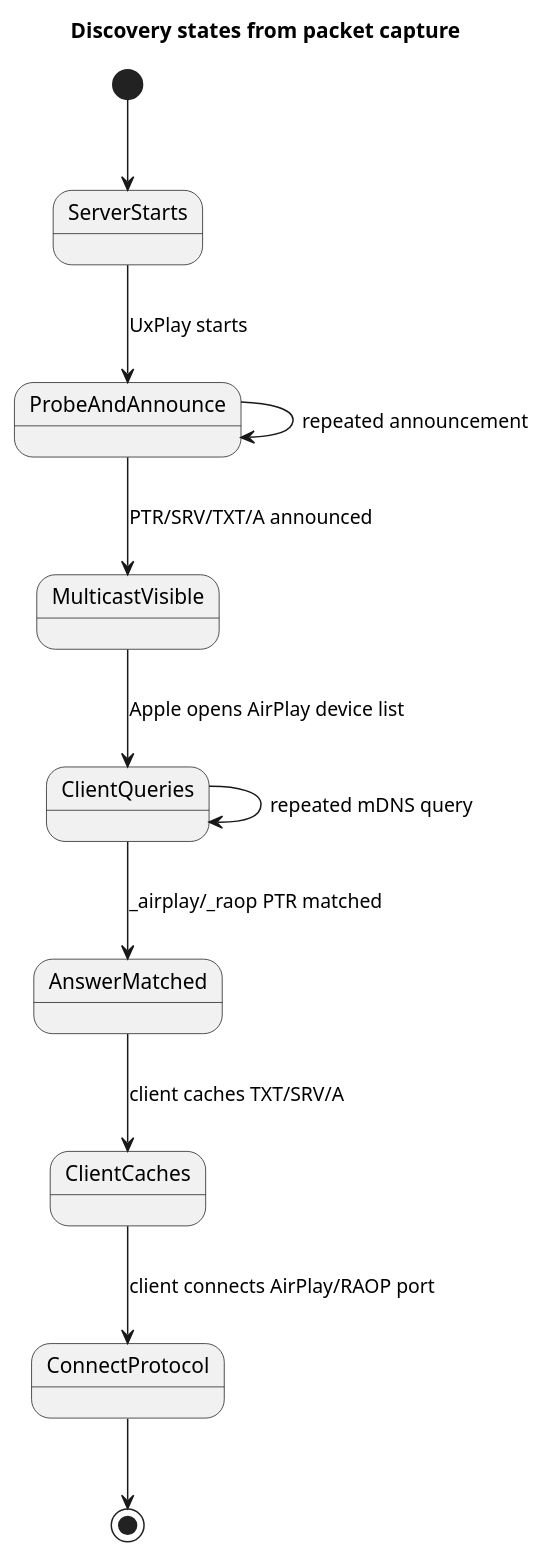
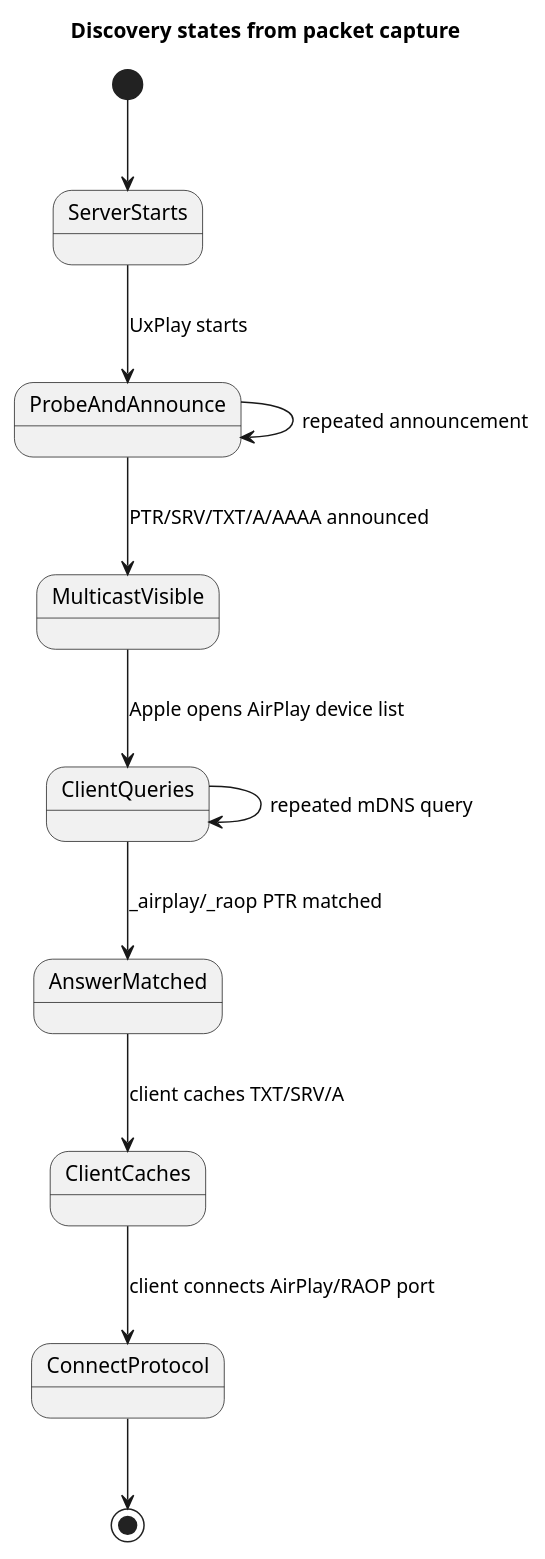
The second of 6 diagrams in content/articles/Android/airplay_mdns_discovery/index.md (kgbook/blog), drawn with PlantUML before and after one commit. The commit also changed other lines of this file, not shown here.

````diff
--- a/content/articles/Android/airplay_mdns_discovery/index.md
+++ b/content/articles/Android/airplay_mdns_discovery/index.md
@@ -113,18 +122,18 @@
 ```plantuml
 @startuml
 title Discovery states from packet capture
 
 [*] --> ServerStarts
 ServerStarts --> ProbeAndAnnounce : UxPlay starts
-ProbeAndAnnounce --> MulticastVisible : PTR/SRV/TXT/A announced
+ProbeAndAnnounce --> MulticastVisible : PTR/SRV/TXT/A/AAAA announced
 MulticastVisible --> ClientQueries : Apple opens AirPlay device list
 ClientQueries --> AnswerMatched : _airplay/_raop PTR matched
 AnswerMatched --> ClientCaches : client caches TXT/SRV/A
 ClientCaches --> ConnectProtocol : client connects AirPlay/RAOP port
 ConnectProtocol --> [*]
 
 ClientQueries --> ClientQueries : repeated mDNS query
 ProbeAndAnnounce --> ProbeAndAnnounce : repeated announcement
 
 @enduml
 ```
````
